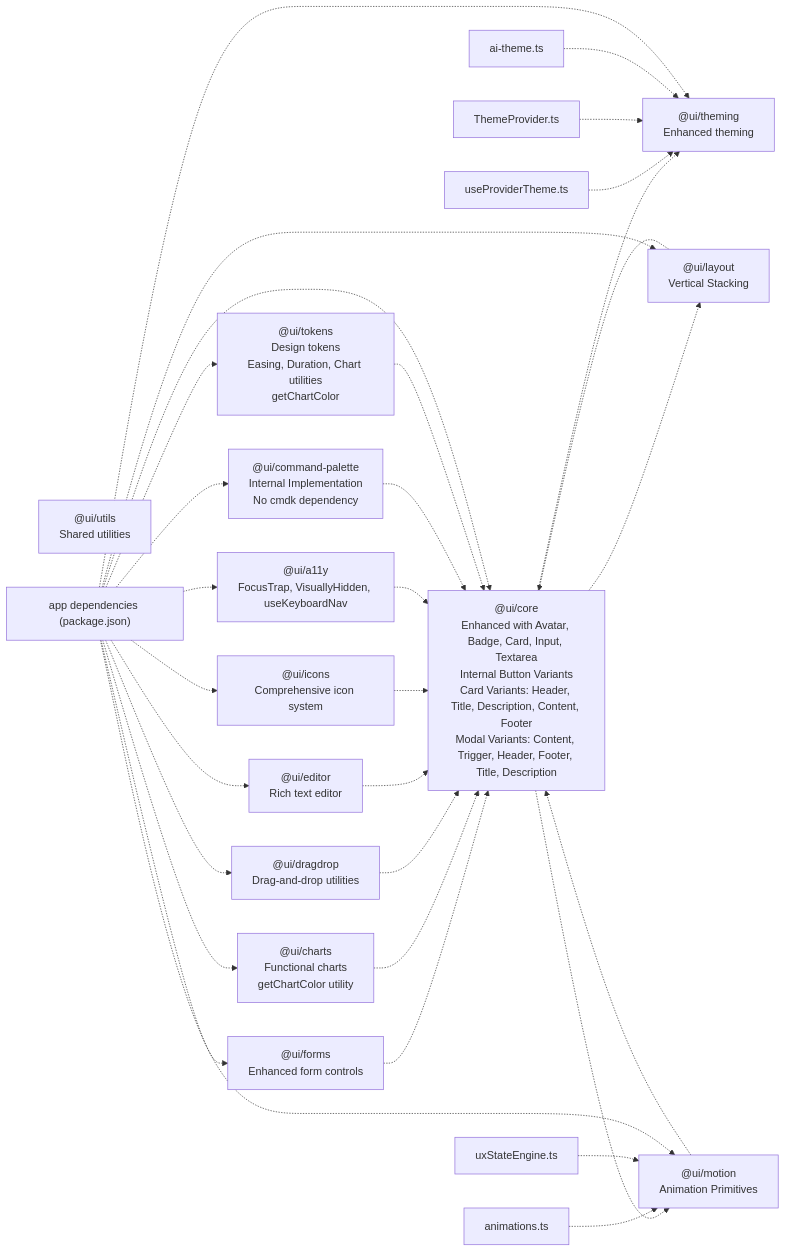
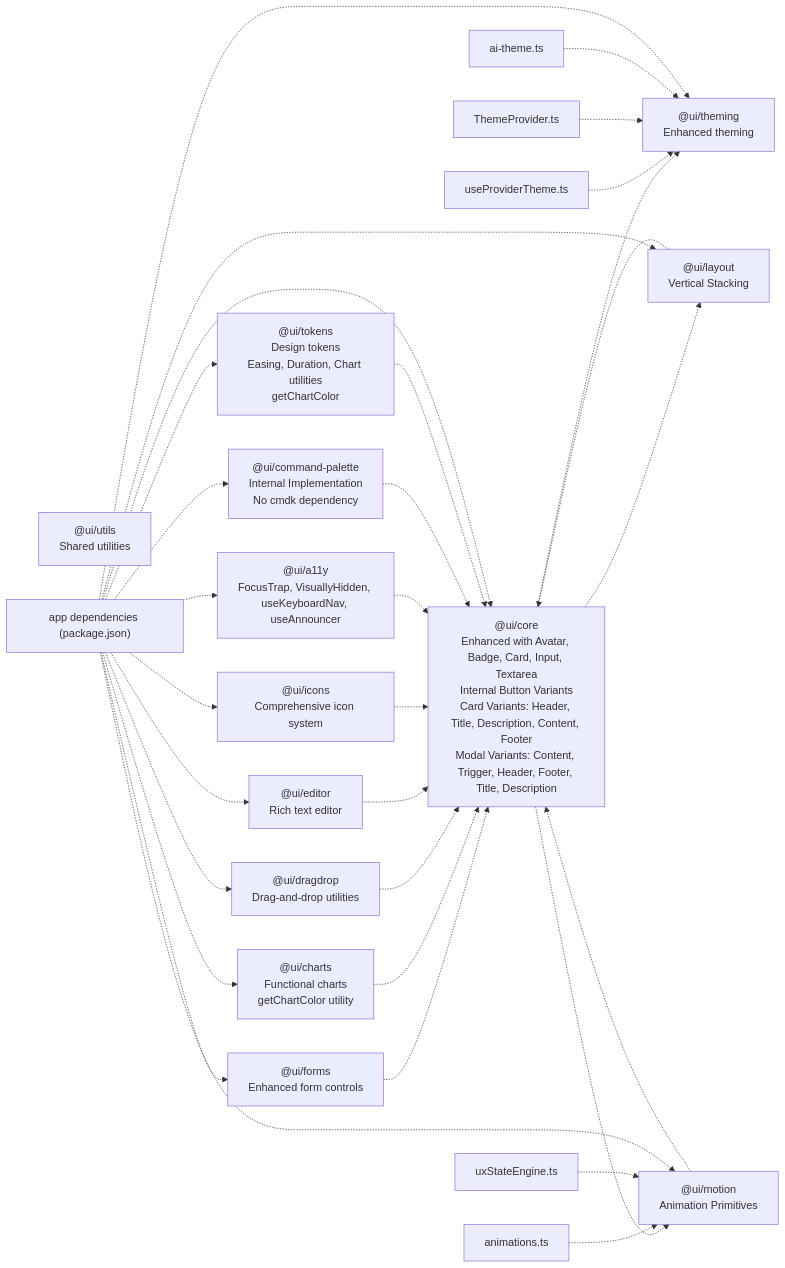
Before and after one commit to shekhargiri005-dotcom/AI-powered-accessibility-first-UI-engine: the ninth of 9 diagrams in .qoder/repowiki/en/content/UI Component System/UI Component System.md, drawn with Mermaid. The commit also changed other lines of this file and 7 other files, not shown here.

````diff
--- a/.qoder/repowiki/en/content/UI Component System/UI Component System.md
+++ b/.qoder/repowiki/en/content/UI Component System/UI Component System.md
@@ -1316,52 +1369,52 @@
 ```mermaid
 graph LR
 UI_CORE["@ui/core<br/>Enhanced with Avatar, Badge, Card, Input, Textarea<br/>Internal Button Variants<br/>Card Variants: Header, Title, Description, Content, Footer<br/>Modal Variants: Content, Trigger, Header, Footer, Title, Description"]
-UI_A11Y["@ui/a11y<br/>FocusTrap, VisuallyHidden, useKeyboardNav"]
+UI_A11Y["@ui/a11y<br/>FocusTrap, VisuallyHidden, useKeyboardNav, useAnnouncer"]
 UI_FORMS["@ui/forms<br/>Enhanced form controls"]
 UI_LAYOUT["@ui/layout<br/>Vertical Stacking"]
 UI_MOTION["@ui/motion<br/>Animation Primitives"]
 UI_CHARTS["@ui/charts<br/>Functional charts<br/>getChartColor utility"]
 UI_DRAGDROP["@ui/dragdrop<br/>Drag-and-drop utilities"]
 UI_EDITOR["@ui/editor<br/>Rich text editor"]
 UI_ICONS["@ui/icons<br/>Comprehensive icon system"]
 UI_THEMING["@ui/theming<br/>Enhanced theming"]
 UI_UTILS["@ui/utils<br/>Shared utilities"]
 UI_COMMAND_PALETTE["@ui/command-palette<br/>Internal Implementation<br/>No cmdk dependency"]
 UI_TOKENS["@ui/tokens<br/>Design tokens<br/>Easing, Duration, Chart utilities<br/>getChartColor"]
 THEME_HOOK["useProviderTheme.ts"]
 THEME_PROVIDER["ThemeProvider.ts"]
 THEME_AI["ai-theme.ts"]
 MOTION_ANIM["animations.ts"]
 UX_ENGINE["uxStateEngine.ts"]
 APP_DEPS["app dependencies (package.json)"]
 UI_CORE -.-> UI_THEMING
 UI_CORE -.-> UI_LAYOUT
 UI_CORE -.-> UI_MOTION
 UI_FORMS -.-> UI_CORE
 UI_LAYOUT -.-> UI_CORE
 UI_MOTION -.-> UI_CORE
 UI_CHARTS -.-> UI_CORE
 UI_DRAGDROP -.-> UI_CORE
 UI_EDITOR -.-> UI_CORE
 UI_ICONS -.-> UI_CORE
 UI_A11Y -.-> UI_CORE
 UI_COMMAND_PALETTE -.-> UI_CORE
 UI_TOKENS -.-> UI_CORE
 THEME_HOOK -.-> UI_THEMING
 THEME_PROVIDER -.-> UI_THEMING
 THEME_AI -.-> UI_THEMING
 MOTION_ANIM -.-> UI_MOTION
 UX_ENGINE -.-> UI_MOTION
 APP_DEPS -.-> UI_CORE
 APP_DEPS -.-> UI_A11Y
 APP_DEPS -.-> UI_FORMS
 APP_DEPS -.-> UI_LAYOUT
 APP_DEPS -.-> UI_MOTION
 APP_DEPS -.-> UI_CHARTS
 APP_DEPS -.-> UI_DRAGDROP
 APP_DEPS -.-> UI_EDITOR
 APP_DEPS -.-> UI_ICONS
 APP_DEPS -.-> UI_THEMING
 APP_DEPS -.-> UI_COMMAND_PALETTE
 APP_DEPS -.-> UI_TOKENS
 ```
````
